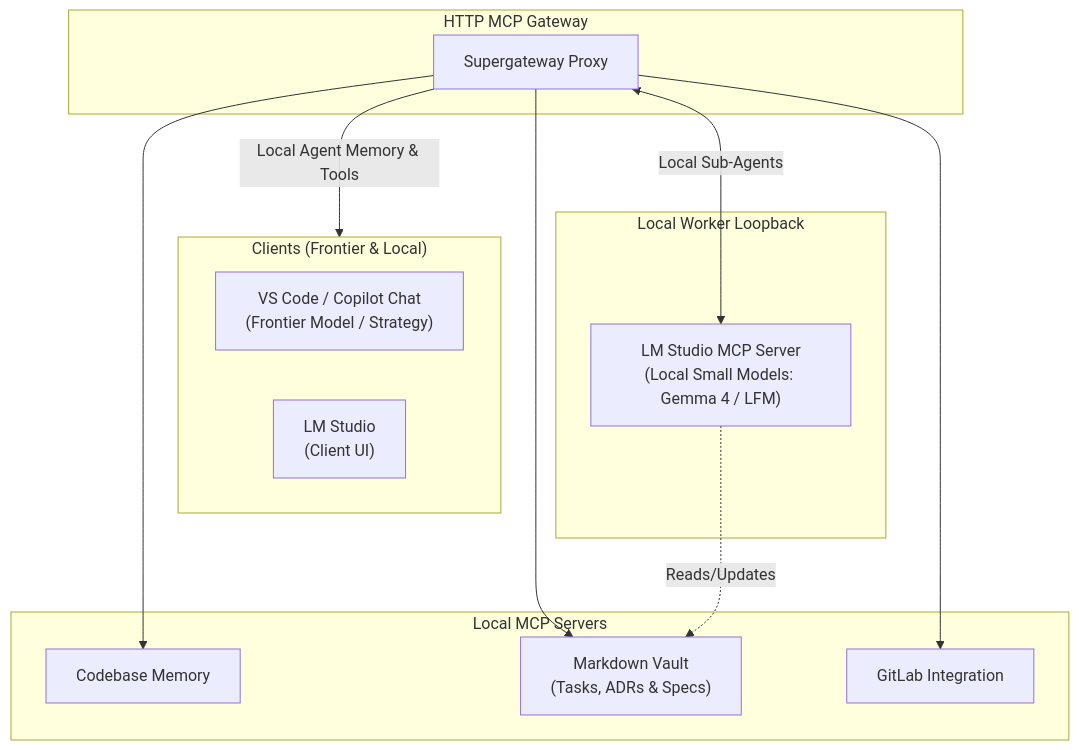
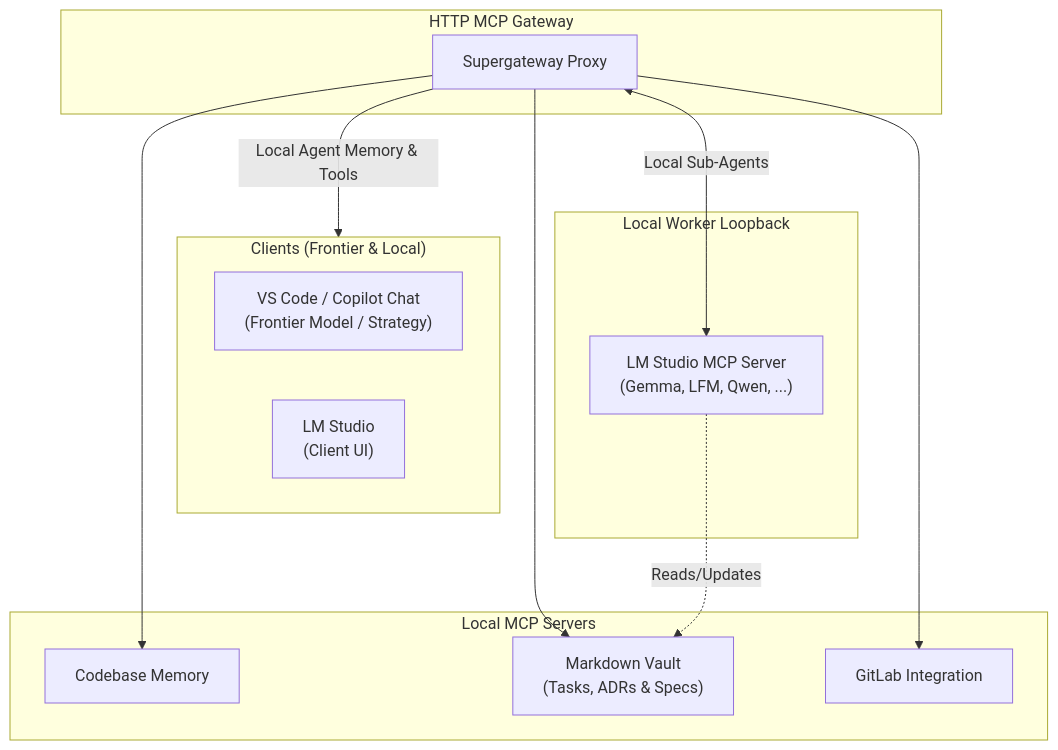
The diagram in README.md (Flexi23/vscode-mcp-supergateway), drawn with Mermaid before and after one commit.

Commit message:
fix mermaid diagram

````diff
--- a/README.md
+++ b/README.md
@@ -5,33 +5,33 @@
 ```mermaid
 graph
     subgraph Clients["Clients (Frontier & Local)"]
         Copilot["VS Code / Copilot Chat<br/>(Frontier Model / Strategy)"]
         LMStudio_Host["LM Studio<br/>(Client UI)"]
     end
 
     subgraph Gateway["HTTP MCP Gateway"]
         Supergateway["Supergateway Proxy"]
     end
 
     subgraph Loopback["Local Worker Loopback"]
-        LMStudio_Worker["LM Studio MCP Server<br>(Local Small Models: Gemma 4 / LFM)"]
+        LMStudio_Worker["LM Studio MCP Server<br>(Gemma, LFM, Qwen, ...)"]
     end
 
     subgraph Backends["Local MCP Servers"]
         CodebaseMemory["Codebase Memory"]
         MarkdownVault["Markdown Vault<br>(Tasks, ADRs & Specs)"]
         GitLab["GitLab Integration"]
     end
 
     %% Client connections to Gateway
     Supergateway -- "Local Agent Memory & Tools" --> Clients
     
     %% Gateway routes to Backends and Loopback Worker
     Supergateway --> CodebaseMemory
     Supergateway --> MarkdownVault
     Supergateway --> GitLab
     
     %% Loopback Worker Execution
     Supergateway <-->|"Local Sub-Agents"| LMStudio_Worker
     LMStudio_Worker -. "Reads/Updates" .-> MarkdownVault
 ```
````
